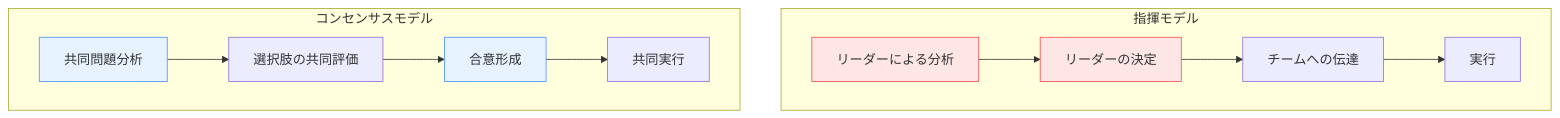
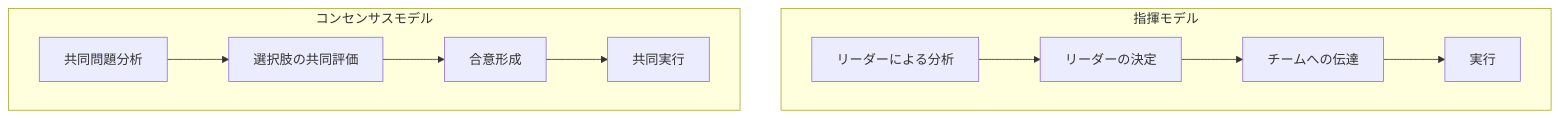
The second of 9 diagrams in docs/decision-making-guide/team-decision-making.md (shuji-bonji/Situational-Awareness-and-Decision-Making), drawn with Mermaid before and after one commit. The commit also changed other lines of this file and 49 other files, not shown here.

Commit message:
fix: ダークモードで見づらい図の色の変更

````diff
--- a/docs/decision-making-guide/team-decision-making.md
+++ b/docs/decision-making-guide/team-decision-making.md
@@ -62,19 +62,19 @@
     ```mermaid
     graph TD
         subgraph "指揮モデル"
             A1[リーダーによる分析] --> A2[リーダーの決定]
             A2 --> A3[チームへの伝達]
             A3 --> A4[実行]
         end
         
         subgraph "コンセンサスモデル"
             B1[共同問題分析] --> B2[選択肢の共同評価]
             B2 --> B3[合意形成]
             B3 --> B4[共同実行]
         end
         
-        style A1 fill:#ffe6e6,stroke:#ff4d4d
-        style A2 fill:#ffe6e6,stroke:#ff4d4d
-        style B1 fill:#e6f2ff,stroke:#4d94ff
-        style B3 fill:#e6f2ff,stroke:#4d94ff
+    
+    
+    
+    
     ```
````
